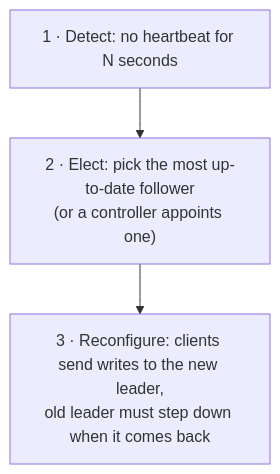
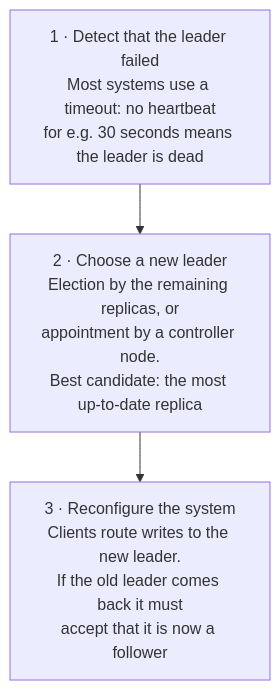
One commit to pratikguru998/ddia-book changed the ninth of 35 diagrams in docs/chapters/part-2/05-replication.mdx. Above: the diagram before and after it, drawn with Mermaid. The commit also changed other lines of this file and 13 other files, not shown here.

Commit message:
Expand all 12 chapters: every book subsection, deeper notes, ~320 diagrams

````diff
--- a/docs/chapters/part-2/05-replication.mdx
+++ b/docs/chapters/part-2/05-replication.mdx
@@ -84,5 +265,5 @@
 ```mermaid
 flowchart TB
-  D["1 · Detect: no heartbeat for N seconds"] --> E["2 · Elect: pick the most up-to-date follower<br/>(or a controller appoints one)"]
-  E --> R["3 · Reconfigure: clients send writes to the new leader,<br/>old leader must step down when it comes back"]
+  D["1 · Detect that the leader failed<br/>Most systems use a timeout: no heartbeat<br/>for e.g. 30 seconds means the leader is dead"] --> E["2 · Choose a new leader<br/>Election by the remaining replicas, or<br/>appointment by a controller node.<br/>Best candidate: the most up-to-date replica"]
+  E --> R["3 · Reconfigure the system<br/>Clients route writes to the new leader.<br/>If the old leader comes back it must<br/>accept that it is now a follower"]
 ```
````
